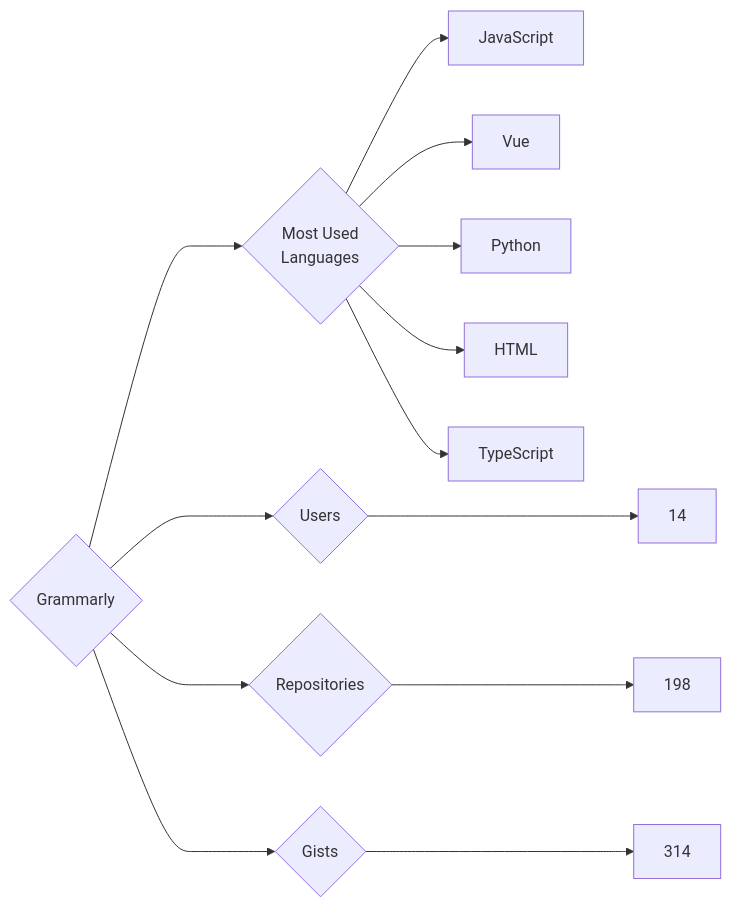
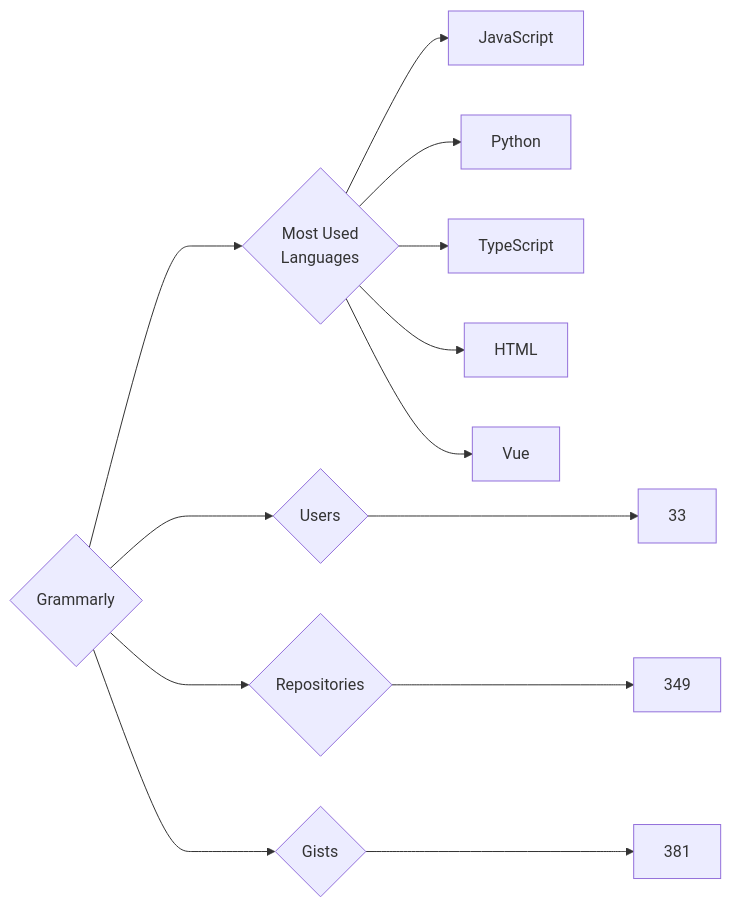
One commit to trickest/insiders changed the diagram in targets/Grammarly/README.md. Above: the diagram before and after it, drawn with Mermaid. The commit also changed 873 other files, not shown here.

````diff
--- a/targets/Grammarly/README.md
+++ b/targets/Grammarly/README.md
@@ -3,13 +3,13 @@
 ```mermaid
 graph LR
 COMPANY_NAME{Grammarly}
-COMPANY_NAME ---> U{Users} ---> UN[14]
-COMPANY_NAME ---> R{Repositories} ---> RN[198]
-COMPANY_NAME ---> G{Gists} ---> GN[314]
+COMPANY_NAME ---> U{Users} ---> UN[33]
+COMPANY_NAME ---> R{Repositories} ---> RN[349]
+COMPANY_NAME ---> G{Gists} ---> GN[381]
 COMPANY_NAME ---> ML{Most Used<br>Languages}
 ML --> JavaScript[JavaScript]
+ML --> Python[Python]
+ML --> TypeScript[TypeScript]
+ML --> HTML[HTML]
 ML --> Vue[Vue]
-ML --> Python[Python]
-ML --> HTML[HTML]
-ML --> TypeScript[TypeScript]
 ```
````
